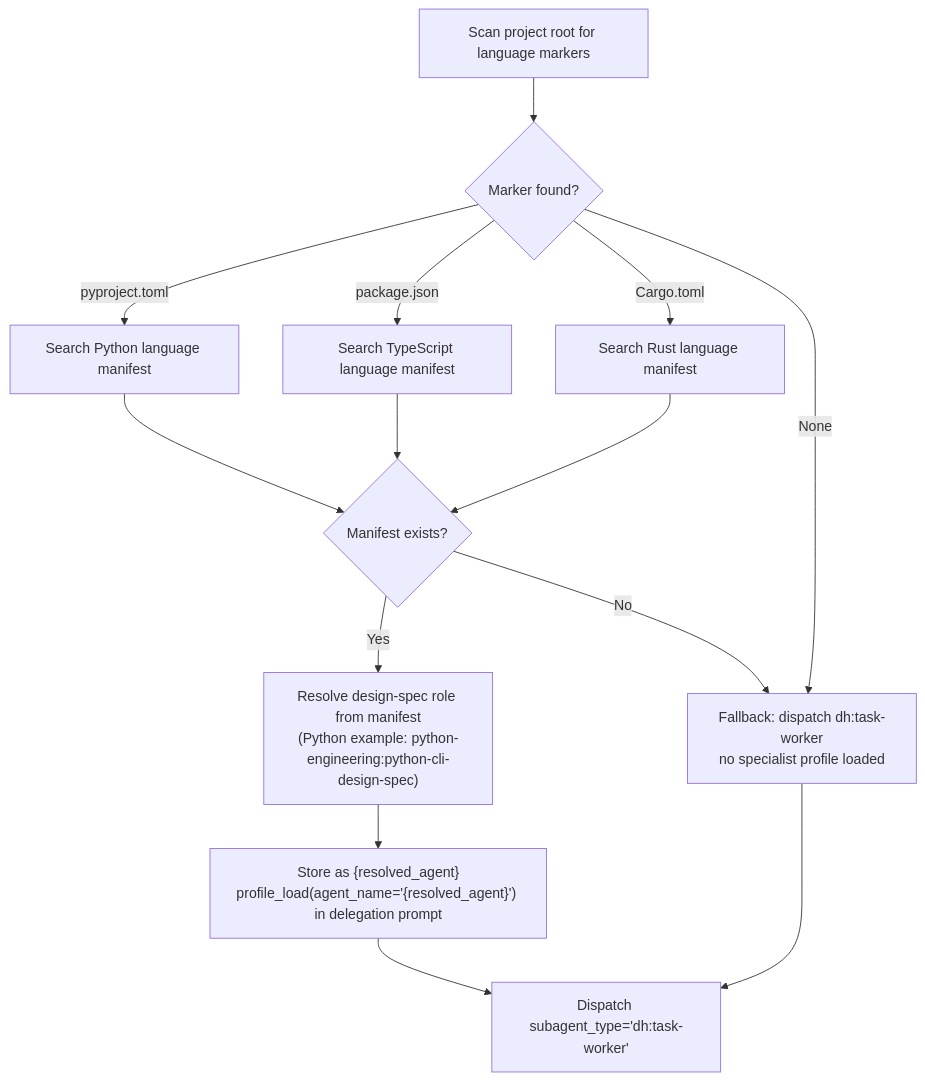
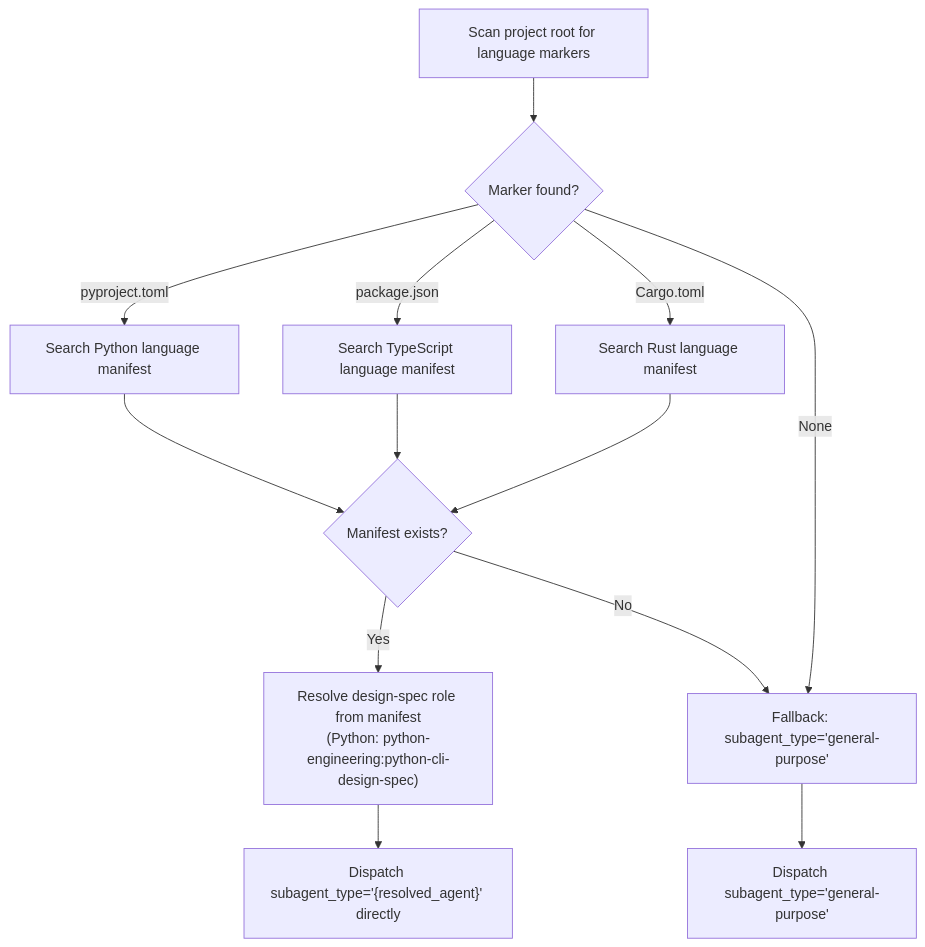
Before and after one commit to Jamie-BitFlight/claude_skills: the second of 3 diagrams in plugins/development-harness/skills/add-new-feature/SKILL.md, drawn with Mermaid. The commit also changed other lines of this file and 1 other file, not shown here.

Commit message:
fix(add-new-feature): Phase 3 dispatches specialist directly, not task-worker
task-worker requires a SAM task reference (P{N}/T{M}) to execute its SAM
lifecycle (read, claim, start-task). Phase 3 of add-new-feature is an
orchestrator-level delegation with no SAM task, so routing through task-worker
caused it to BLOCK immediately at Step 1 when trying to parse a missing task
reference.

Fix: dispatch the resolved specialist subagent_type directly (consistent with
Phases 1, 2, 4 which already dispatch feature-researcher, codebase-analyzer,
and swarm-task-planner directly). Fall back to general-purpose when no language
manifest exists.

https://claude.ai/code/session_0166C2xQGc2pugYt4ZWL5Kpd

````diff
--- a/plugins/development-harness/skills/add-new-feature/SKILL.md
+++ b/plugins/development-harness/skills/add-new-feature/SKILL.md
@@ -217,16 +217,15 @@
 ```mermaid
 flowchart TD
     Scan[Scan project root for language markers] --> Found{Marker found?}
     Found -->|pyproject.toml| Py[Search Python language manifest]
     Found -->|package.json| TS[Search TypeScript language manifest]
     Found -->|Cargo.toml| Rust[Search Rust language manifest]
-    Found -->|None| FB["Fallback: dh:task-worker<br>(no specialist profile loaded)"]
+    Found -->|None| FB["Fallback: subagent_type='general-purpose'"]
     Py --> ManifestFound{Manifest exists?}
     TS --> ManifestFound
     Rust --> ManifestFound
-    ManifestFound -->|Yes| Resolve["Resolve design-spec role from manifest<br>(Python example: python-engineering:python-cli-design-spec)"]
-    ManifestFound -->|No| FB["Fallback: dispatch dh:task-worker<br>no specialist profile loaded"]
-    Resolve --> Store["Store as {resolved_agent}<br>profile_load(agent_name='{resolved_agent}') in delegation prompt"]
-    Store --> Delegate["Dispatch subagent_type='dh:task-worker'"]
-    FB --> Delegate
+    ManifestFound -->|Yes| Resolve["Resolve design-spec role from manifest<br>(Python: python-engineering:python-cli-design-spec)"]
+    ManifestFound -->|No| FB
+    Resolve --> Delegate["Dispatch subagent_type='{resolved_agent}' directly"]
+    FB --> FBDelegate["Dispatch subagent_type='general-purpose'"]
 ```
````
